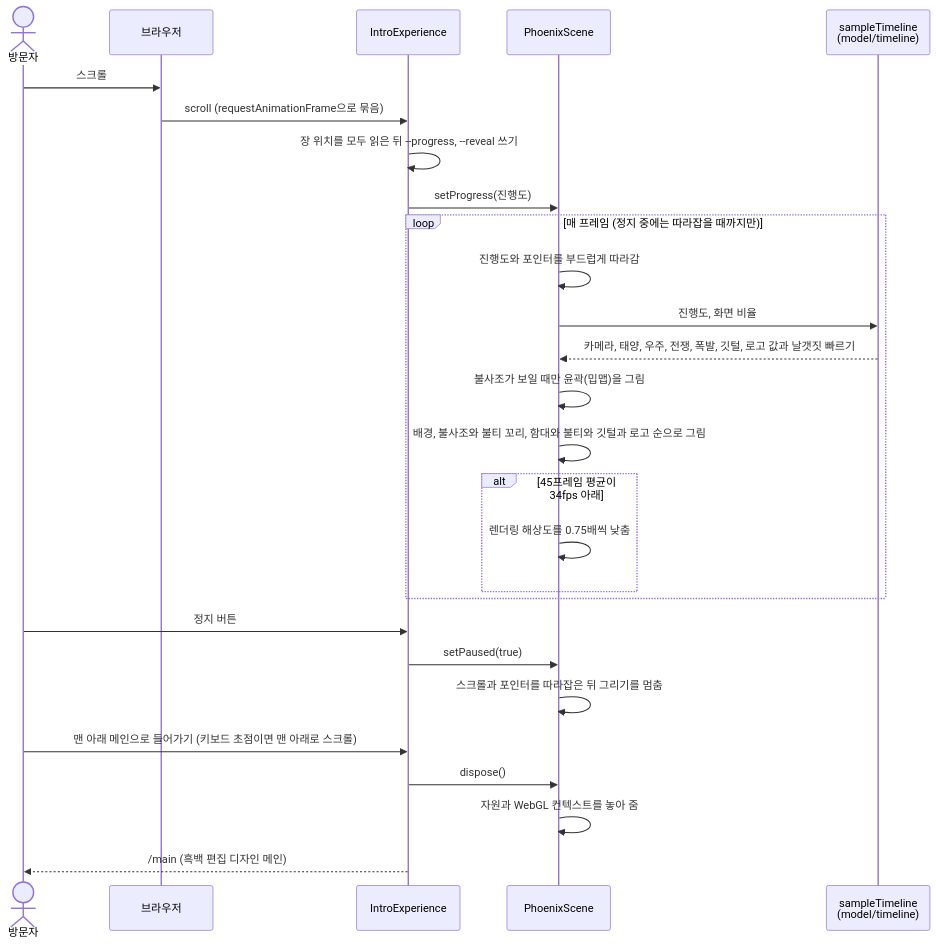
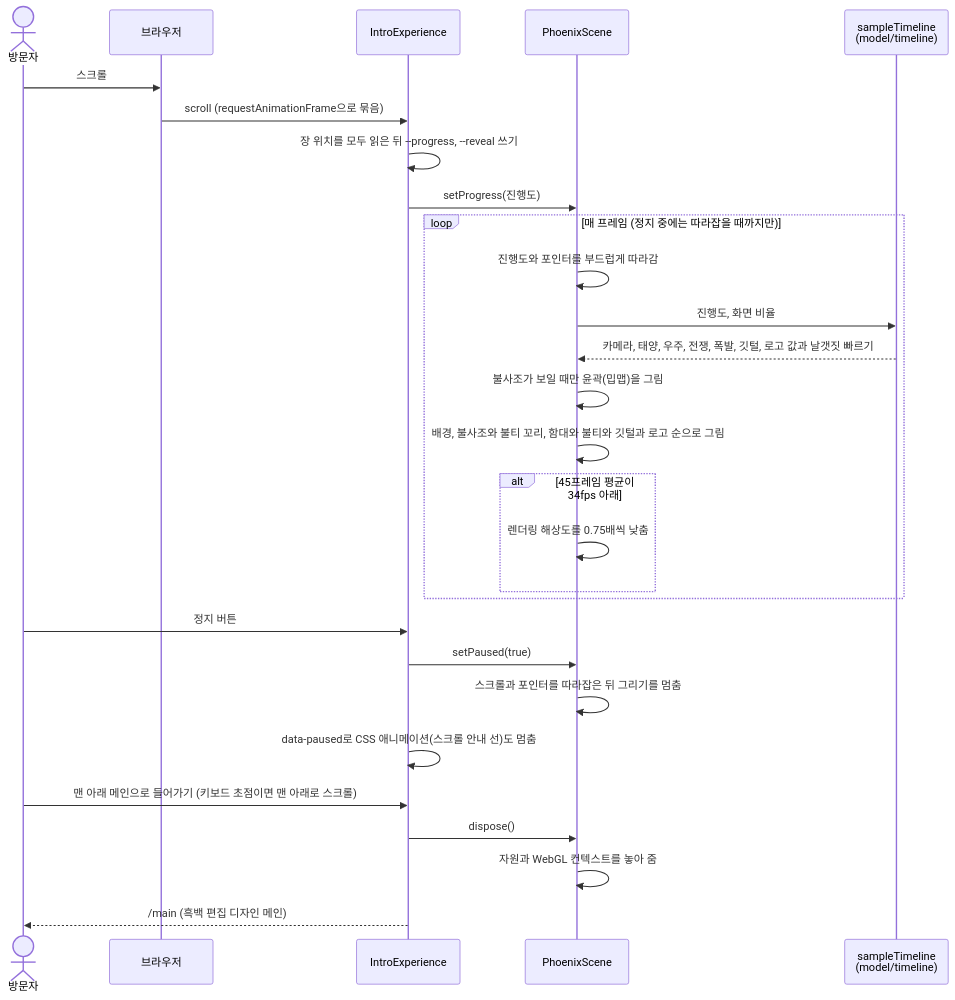
Before and after one commit to ryushin01/Genesis: the second of 2 diagrams in docs/sequence-diagrams.md, drawn with Mermaid. The commit also changed other lines of this file and 19 other files, not shown here.

````diff
--- a/docs/sequence-diagrams.md
+++ b/docs/sequence-diagrams.md
@@ -46,30 +46,31 @@
 ```mermaid
 sequenceDiagram
     actor 방문자
     participant 창 as 브라우저
     participant 인트로 as IntroExperience
     participant 장면 as PhoenixScene
     participant 타임라인 as sampleTimeline<br/>(model/timeline)
 
     방문자->>창: 스크롤
     창->>인트로: scroll (requestAnimationFrame으로 묶음)
     인트로->>인트로: 장 위치를 모두 읽은 뒤 --progress, --reveal 쓰기
     인트로->>장면: setProgress(진행도)
     loop 매 프레임 (정지 중에는 따라잡을 때까지만)
         장면->>장면: 진행도와 포인터를 부드럽게 따라감
         장면->>타임라인: 진행도, 화면 비율
         타임라인-->>장면: 카메라, 태양, 우주, 전쟁, 폭발, 깃털, 로고 값과 날갯짓 빠르기
         장면->>장면: 불사조가 보일 때만 윤곽(밉맵)을 그림
         장면->>장면: 배경, 불사조와 불티 꼬리, 함대와 불티와 깃털과 로고 순으로 그림
         alt 45프레임 평균이 34fps 아래
             장면->>장면: 렌더링 해상도를 0.75배씩 낮춤
         end
     end
     방문자->>인트로: 정지 버튼
     인트로->>장면: setPaused(true)
     장면->>장면: 스크롤과 포인터를 따라잡은 뒤 그리기를 멈춤
+    인트로->>인트로: data-paused로 CSS 애니메이션(스크롤 안내 선)도 멈춤
     방문자->>인트로: 맨 아래 메인으로 들어가기 (키보드 초점이면 맨 아래로 스크롤)
     인트로->>장면: dispose()
     장면->>장면: 자원과 WebGL 컨텍스트를 놓아 줌
     인트로-->>방문자: /main (흑백 편집 디자인 메인)
 ```
````
